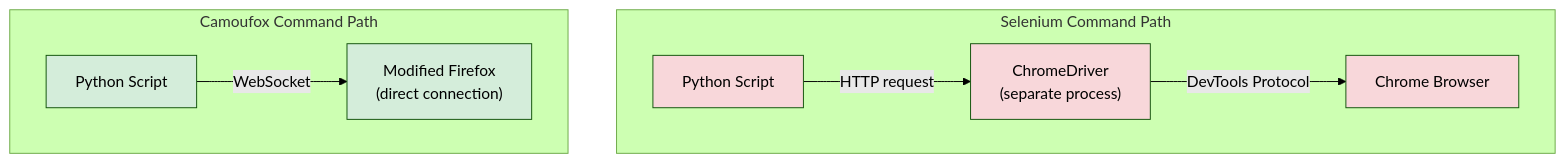
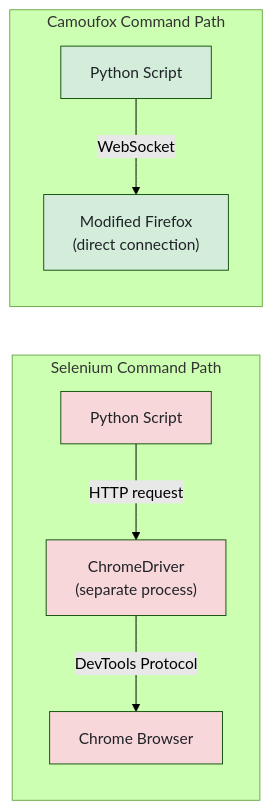
Before and after one commit to bytetunnels/bytetunnels.github.com: the fourth of 5 diagrams in _posts/2026-02-14-camoufox-vs-selenium-anti-detection-approaches-compared.md, drawn with Mermaid (forest theme). The commit also changed other lines of this file and 118 other files, not shown here.

Commit message:
feat: improve diagram styling and compact wide flowcharts

````diff
--- a/_posts/2026-02-14-camoufox-vs-selenium-anti-detection-approaches-compared.md
+++ b/_posts/2026-02-14-camoufox-vs-selenium-anti-detection-approaches-compared.md
@@ -357,17 +357,17 @@
 ```mermaid
-graph TD
+graph LR
     subgraph "Selenium Command Path"
-        A["Python Script"] -->|"HTTP request"| B["ChromeDriver<br>(separate process)"]
+        A["Python Script"] -->|"HTTP request"| B["ChromeDriver<br/>(separate process)"]
         B -->|"DevTools Protocol"| C["Chrome Browser"]
     end
 
     subgraph "Camoufox Command Path"
-        D["Python Script"] -->|"WebSocket"| E["Modified Firefox<br>(direct connection)"]
+        D["Python Script"] -->|"WebSocket"| E["Modified Firefox<br/>(direct connection)"]
     end
 
-    style A fill:#f8d7da
-    style B fill:#f8d7da
-    style C fill:#f8d7da
-    style D fill:#d4edda
-    style E fill:#d4edda
+    style A fill:#f8d7da,color:#1f2328
+    style B fill:#f8d7da,color:#1f2328
+    style C fill:#f8d7da,color:#1f2328
+    style D fill:#d4edda,color:#1f2328
+    style E fill:#d4edda,color:#1f2328
 ```
````
